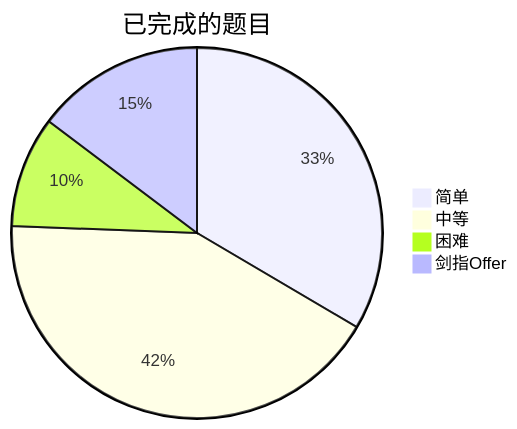
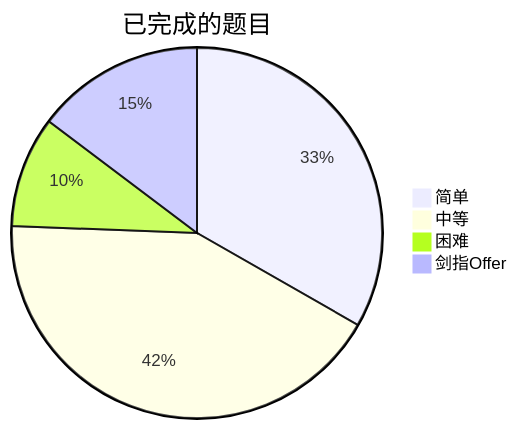
Before and after one commit to kaisa911/LeetCode: the diagram in README.md, drawn with Mermaid. The commit also changed other lines of this file and 13 other files, not shown here.

````diff
--- a/README.md
+++ b/README.md
@@ -9,7 +9,7 @@
 ```mermaid
 pie title 已完成的题目
-    "简单" : 166
-    "中等" : 209
+    "简单" : 165
+    "中等" : 210
     "困难" : 48
     "剑指Offer" : 73
 ```
````
